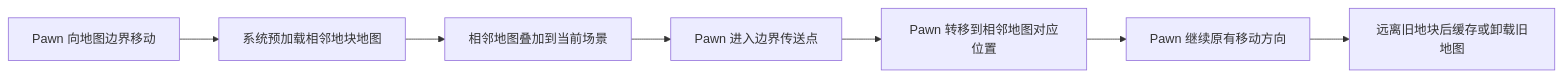
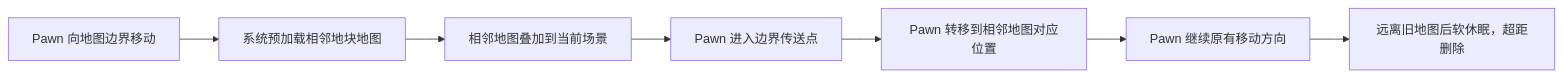
The second of 3 diagrams in doc/无缝世界地块探索.md (Laurence-042/RimExodus), drawn with Mermaid before and after one commit. The commit also changed other lines of this file and 9 other files, not shown here.

````diff
--- a/doc/无缝世界地块探索.md
+++ b/doc/无缝世界地块探索.md
@@ -60,9 +60,9 @@
 ```mermaid
 flowchart LR
     A[Pawn 向地图边界移动] --> B[系统预加载相邻地块地图]
     B --> C[相邻地图叠加到当前场景]
     C --> D[Pawn 进入边界传送点]
     D --> E[Pawn 转移到相邻地图对应位置]
     E --> F[Pawn 继续原有移动方向]
-    F --> G[远离旧地块后缓存或卸载旧地图]
+    F --> G[远离旧地图后软休眠，超距删除]
 ```
````
